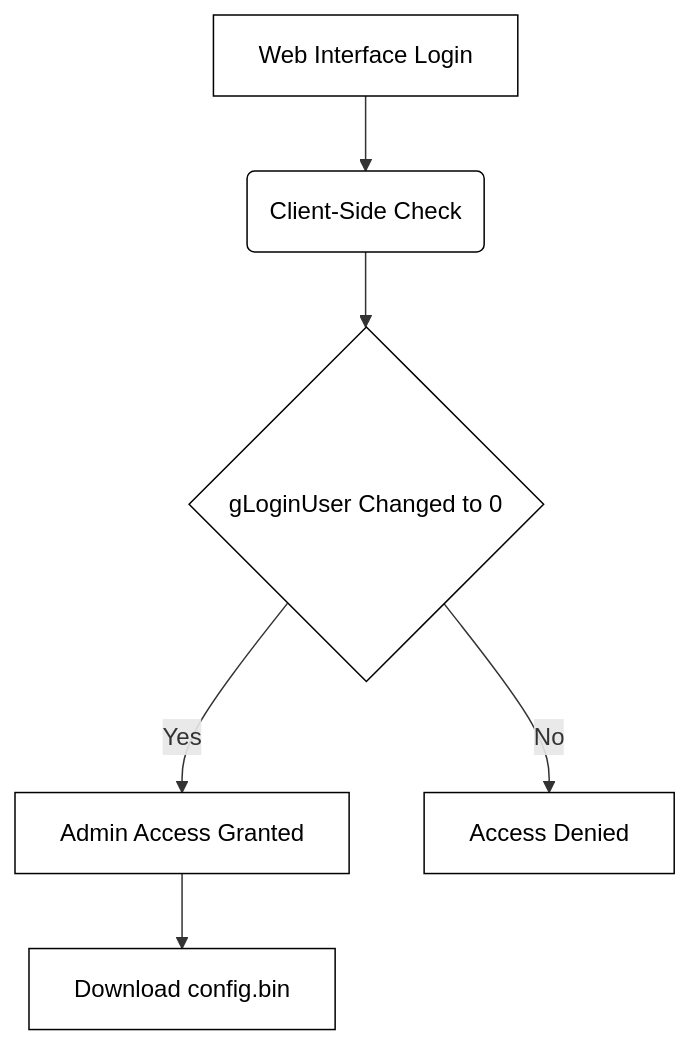
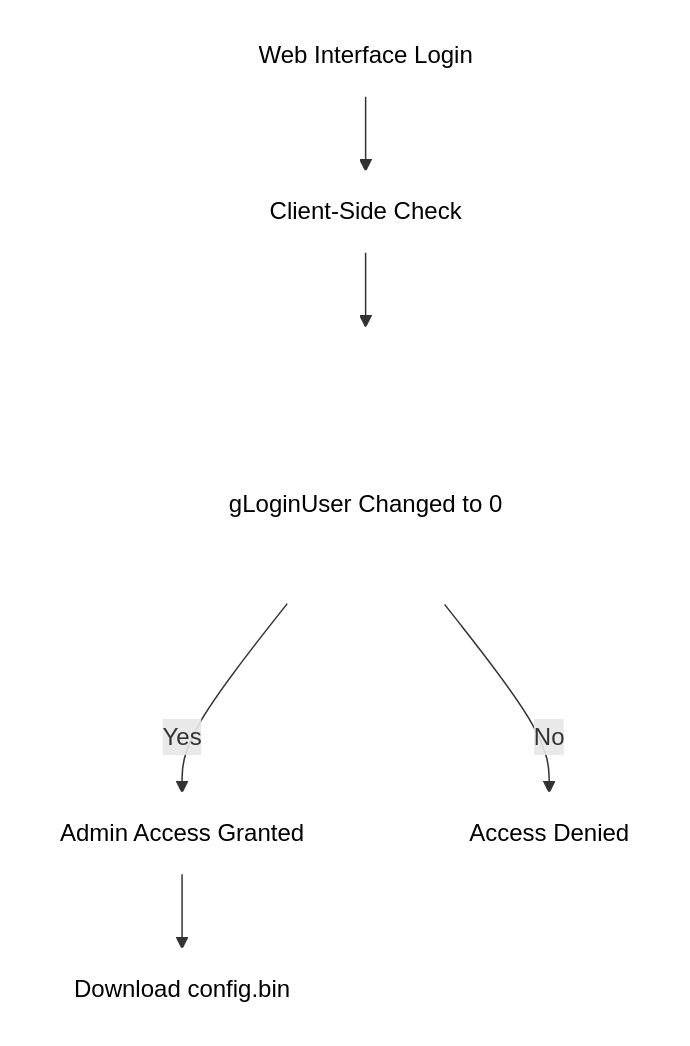
Before and after one commit to boutaba-motezeballah/fiberhome-privesc-0day: the diagram in README.md, drawn with Mermaid.

````diff
--- a/README.md
+++ b/README.md
@@ -19,12 +19,12 @@
 ```mermaid
 graph TD
-    classDef plain fill:#ffffff,stroke:#000000,stroke-width:1px,color:#000000;
+    classDef plain fill:#ffffff,stroke:#ffffff,stroke-width:1px,color:#000000;
 
     A[Web Interface Login] --> B(Client-Side Check)
     B --> C{gLoginUser Changed to 0}
     C -->|Yes| D[Admin Access Granted]
     C -->|No| E[Access Denied]
     D --> F[Download config.bin]
 
     class A,B,C,D,E,F plain;
 ```
````
